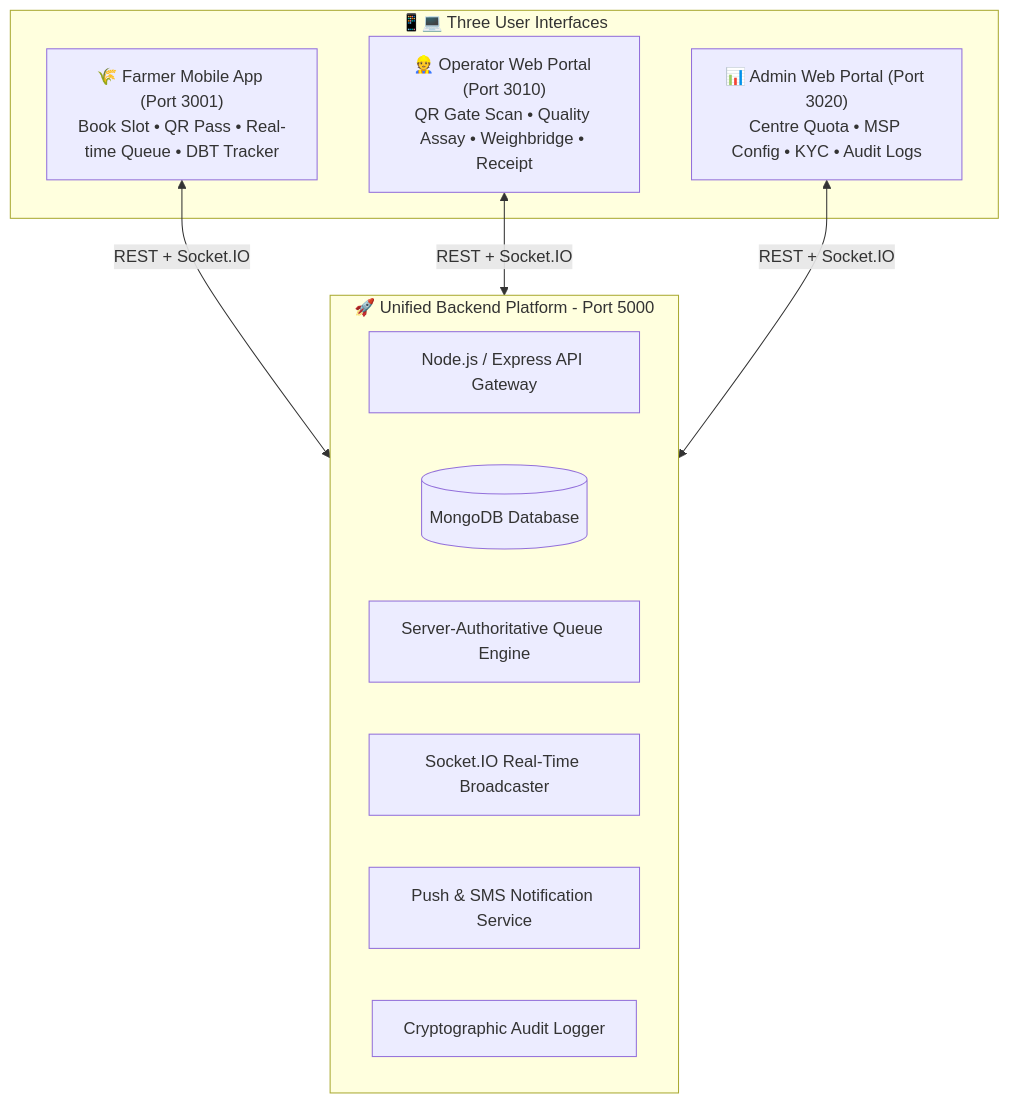
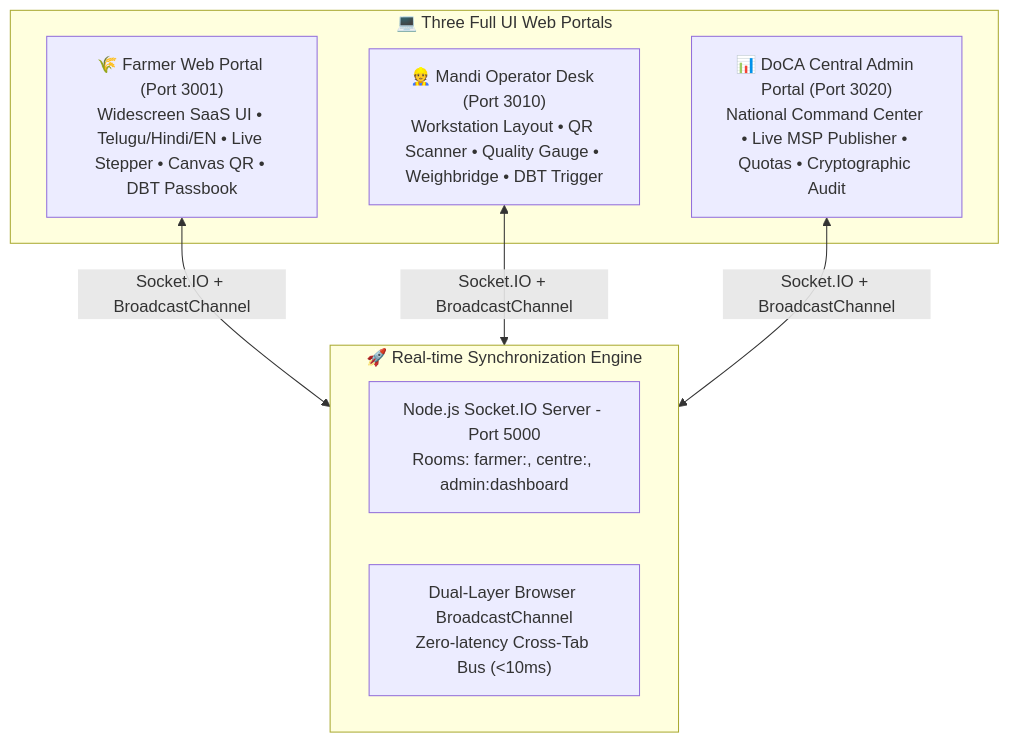
One commit to Manikanta738674/farmsol changed the diagram in walkthrough.md. Above: the diagram before and after it, drawn with Mermaid. The commit also changed other lines of this file and 49 other files, not shown here.

Commit message:
feat: complete backend API with Salur APMC coordinates, strict auth validation, persistent store, and left sidebar layout

````diff
--- a/walkthrough.md
+++ b/walkthrough.md
@@ -11,21 +9,17 @@
 ```mermaid
 graph TD
-    subgraph Unified_Backend["🚀 Unified Backend Platform - Port 5000"]
-        API["Node.js / Express API Gateway"]
-        DB[(MongoDB Database)]
-        QueueEngine["Server-Authoritative Queue Engine"]
-        SocketServer["Socket.IO Real-Time Broadcaster"]
-        NotificationSvc["Push & SMS Notification Service"]
-        AuditSvc["Cryptographic Audit Logger"]
+    subgraph Unified_Realtime_Backbone["🚀 Real-time Synchronization Engine"]
+        SocketIO["Node.js Socket.IO Server - Port 5000\nRooms: farmer:<id>, centre:<id>, admin:dashboard"]
+        BroadcastBus["Dual-Layer Browser BroadcastChannel\nZero-latency Cross-Tab Bus (<10ms)"]
     end
 
-    subgraph Client_Interfaces["📱💻 Three User Interfaces"]
-        FarmerApp["🌾 Farmer Mobile App (Port 3001)\nBook Slot • QR Pass • Real-time Queue • DBT Tracker"]
-        OperatorPortal["👷 Operator Web Portal (Port 3010)\nQR Gate Scan • Quality Assay • Weighbridge • Receipt"]
-        AdminPortal["📊 Admin Web Portal (Port 3020)\nCentre Quota • MSP Config • KYC • Audit Logs"]
+    subgraph Portals["💻 Three Full UI Web Portals"]
+        FarmerWeb["🌾 Farmer Web Portal (Port 3001)\nWidescreen SaaS UI • Telugu/Hindi/EN • Live Stepper • Canvas QR • DBT Passbook"]
+        OperatorWeb["👷 Mandi Operator Desk (Port 3010)\nWorkstation Layout • QR Scanner • Quality Gauge • Weighbridge • DBT Trigger"]
+        AdminWeb["📊 DoCA Central Admin Portal (Port 3020)\nNational Command Center • Live MSP Publisher • Quotas • Cryptographic Audit"]
     end
 
-    FarmerApp <-->|REST + Socket.IO| Unified_Backend
-    OperatorPortal <-->|REST + Socket.IO| Unified_Backend
-    AdminPortal <-->|REST + Socket.IO| Unified_Backend
+    FarmerWeb <-->|Socket.IO + BroadcastChannel| Unified_Realtime_Backbone
+    OperatorWeb <-->|Socket.IO + BroadcastChannel| Unified_Realtime_Backbone
+    AdminWeb <-->|Socket.IO + BroadcastChannel| Unified_Realtime_Backbone
 ```
````
